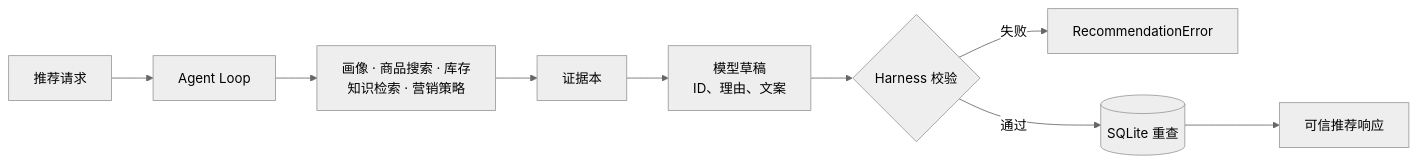
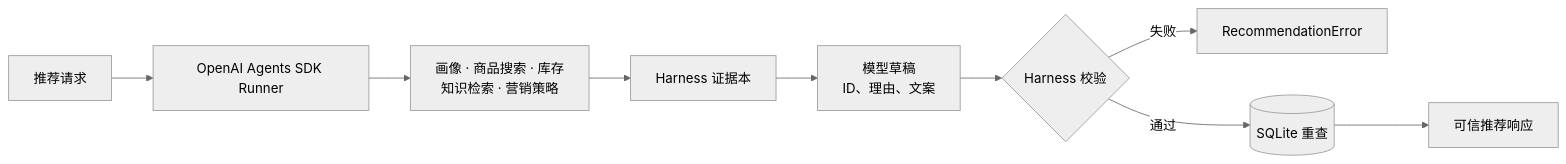
One commit to ImWenyaoT/chatty changed the diagram in README.md. Above: the diagram before and after it, drawn with Mermaid (neutral theme). The commit also changed other lines of this file and 72 other files, not shown here.

````diff
--- a/README.md
+++ b/README.md
@@ -14,11 +14,11 @@
 ```mermaid
 flowchart LR
-    U["推荐请求"] --> A["Agent Loop"]
-    A --> T["画像 · 商品搜索 · 库存\n知识检索 · 营销策略"]
-    T --> E["证据本"]
-    E --> D["模型草稿\nID、理由、文案"]
+    U["推荐请求"] --> A["OpenAI Agents SDK Runner"]
+    A --> T["画像 · 商品搜索 · 库存<br/>知识检索 · 营销策略"]
+    T --> E["Harness 证据本"]
+    E --> D["模型草稿<br/>ID、理由、文案"]
     D --> V{"Harness 校验"}
     V -->|"失败"| F["RecommendationError"]
     V -->|"通过"| DB[("SQLite 重查")]
     DB --> R["可信推荐响应"]
 ```
````
